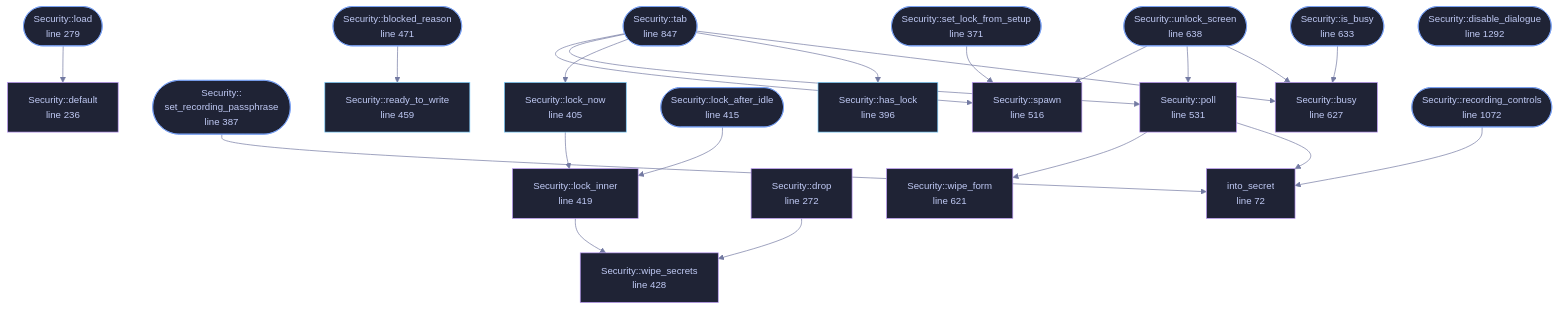
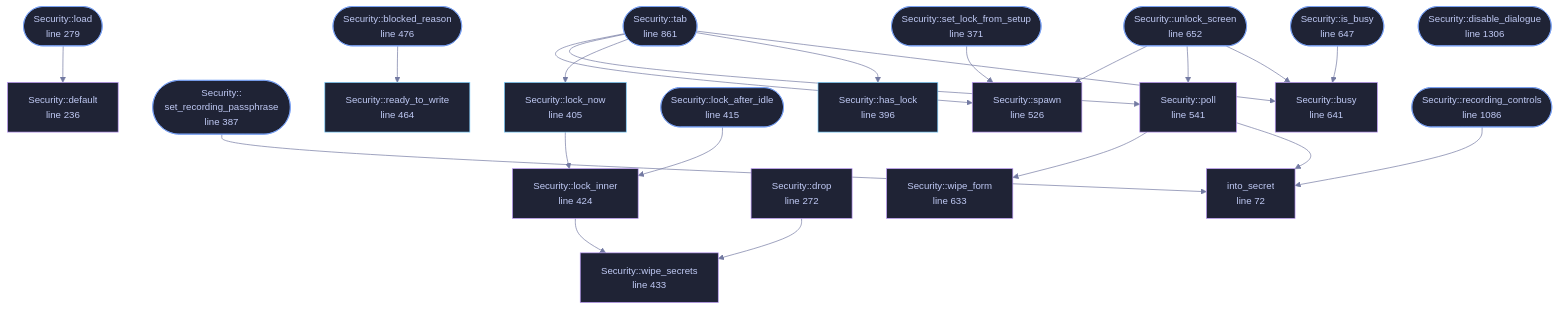
One commit to tilas01/veilvoice changed the diagram in docs/files/veilvoice-gui/security.md. Above: the diagram before and after it, drawn with Mermaid. The commit also changed other lines of this file and 57 other files, not shown here.

````diff
--- a/docs/files/veilvoice-gui/security.md
+++ b/docs/files/veilvoice-gui/security.md
@@ -148,74 +148,74 @@
 ```mermaid
 %%{init: {"theme":"base","themeVariables":{"background":"#1a1b26","primaryColor":"#1f2335","primaryTextColor":"#c0caf5","primaryBorderColor":"#7aa2f7","secondaryColor":"#16161e","tertiaryColor":"#16161e","lineColor":"#737aa2","textColor":"#c0caf5","mainBkg":"#1f2335","nodeBorder":"#7aa2f7","clusterBkg":"#16161e","clusterBorder":"#2f3549","fontFamily":"ui-monospace, SFMono-Regular, Consolas, monospace","fontSize":"14px"}}}%%
 flowchart TD
     n_into_secret["into_secret<br/>line 72"]
     n_default["Security::default<br/>line 236"]
     n_drop["Security::drop<br/>line 272"]
     n_load(["Security::load<br/>line 279"])
     n_set_lock_from_setup(["Security::set_lock_from_setup<br/>line 371"])
     n_set_recording_passphrase(["Security::<br/>set_recording_passphrase<br/>line 387"])
     n_has_lock["Security::has_lock<br/>line 396"]
     n_lock_now["Security::lock_now<br/>line 405"]
     n_lock_after_idle(["Security::lock_after_idle<br/>line 415"])
-    n_lock_inner["Security::lock_inner<br/>line 419"]
-    n_wipe_secrets["Security::wipe_secrets<br/>line 428"]
-    n_ready_to_write["Security::ready_to_write<br/>line 459"]
-    n_blocked_reason(["Security::blocked_reason<br/>line 471"])
-    n_spawn["Security::spawn<br/>line 516"]
-    n_poll["Security::poll<br/>line 531"]
-    n_wipe_form["Security::wipe_form<br/>line 621"]
-    n_busy["Security::busy<br/>line 627"]
-    n_is_busy(["Security::is_busy<br/>line 633"])
-    n_unlock_screen(["Security::unlock_screen<br/>line 638"])
-    n_tab(["Security::tab<br/>line 847"])
-    n_recording_controls(["Security::recording_controls<br/>line 1072"])
-    n_disable_dialogue(["Security::disable_dialogue<br/>line 1292"])
+    n_lock_inner["Security::lock_inner<br/>line 424"]
+    n_wipe_secrets["Security::wipe_secrets<br/>line 433"]
+    n_ready_to_write["Security::ready_to_write<br/>line 464"]
+    n_blocked_reason(["Security::blocked_reason<br/>line 476"])
+    n_spawn["Security::spawn<br/>line 526"]
+    n_poll["Security::poll<br/>line 541"]
+    n_wipe_form["Security::wipe_form<br/>line 633"]
+    n_busy["Security::busy<br/>line 641"]
+    n_is_busy(["Security::is_busy<br/>line 647"])
+    n_unlock_screen(["Security::unlock_screen<br/>line 652"])
+    n_tab(["Security::tab<br/>line 861"])
+    n_recording_controls(["Security::recording_controls<br/>line 1086"])
+    n_disable_dialogue(["Security::disable_dialogue<br/>line 1306"])
     n_blocked_reason --> n_ready_to_write
     n_drop --> n_wipe_secrets
     n_is_busy --> n_busy
     n_load --> n_default
     n_lock_after_idle --> n_lock_inner
     n_lock_inner --> n_wipe_secrets
     n_lock_now --> n_lock_inner
     n_poll --> n_into_secret
     n_poll --> n_wipe_form
     n_recording_controls --> n_into_secret
     n_set_lock_from_setup --> n_spawn
     n_set_recording_passphrase --> n_into_secret
     n_tab --> n_busy
     n_tab --> n_has_lock
     n_tab --> n_lock_now
     n_tab --> n_poll
     n_tab --> n_spawn
     n_unlock_screen --> n_busy
     n_unlock_screen --> n_poll
     n_unlock_screen --> n_spawn
     click n_into_secret href "https://github.com/tilas01/veilvoice/blob/main/crates/veilvoice-gui/src/security.rs#L72" "open the source"
     click n_default href "https://github.com/tilas01/veilvoice/blob/main/crates/veilvoice-gui/src/security.rs#L236" "open the source"
     click n_drop href "https://github.com/tilas01/veilvoice/blob/main/crates/veilvoice-gui/src/security.rs#L272" "open the source"
     click n_load href "https://github.com/tilas01/veilvoice/blob/main/crates/veilvoice-gui/src/security.rs#L279" "open the source"
     click n_set_lock_from_setup href "https://github.com/tilas01/veilvoice/blob/main/crates/veilvoice-gui/src/security.rs#L371" "open the source"
     click n_set_recording_passphrase href "https://github.com/tilas01/veilvoice/blob/main/crates/veilvoice-gui/src/security.rs#L387" "open the source"
     click n_has_lock href "https://github.com/tilas01/veilvoice/blob/main/crates/veilvoice-gui/src/security.rs#L396" "open the source"
     click n_lock_now href "https://github.com/tilas01/veilvoice/blob/main/crates/veilvoice-gui/src/security.rs#L405" "open the source"
     click n_lock_after_idle href "https://github.com/tilas01/veilvoice/blob/main/crates/veilvoice-gui/src/security.rs#L415" "open the source"
-    click n_lock_inner href "https://github.com/tilas01/veilvoice/blob/main/crates/veilvoice-gui/src/security.rs#L419" "open the source"
-    click n_wipe_secrets href "https://github.com/tilas01/veilvoice/blob/main/crates/veilvoice-gui/src/security.rs#L428" "open the source"
-    click n_ready_to_write href "https://github.com/tilas01/veilvoice/blob/main/crates/veilvoice-gui/src/security.rs#L459" "open the source"
-    click n_blocked_reason href "https://github.com/tilas01/veilvoice/blob/main/crates/veilvoice-gui/src/security.rs#L471" "open the source"
-    click n_spawn href "https://github.com/tilas01/veilvoice/blob/main/crates/veilvoice-gui/src/security.rs#L516" "open the source"
-    click n_poll href "https://github.com/tilas01/veilvoice/blob/main/crates/veilvoice-gui/src/security.rs#L531" "open the source"
-    click n_wipe_form href "https://github.com/tilas01/veilvoice/blob/main/crates/veilvoice-gui/src/security.rs#L621" "open the source"
-    click n_busy href "https://github.com/tilas01/veilvoice/blob/main/crates/veilvoice-gui/src/security.rs#L627" "open the source"
-    click n_is_busy href "https://github.com/tilas01/veilvoice/blob/main/crates/veilvoice-gui/src/security.rs#L633" "open the source"
-    click n_unlock_screen href "https://github.com/tilas01/veilvoice/blob/main/crates/veilvoice-gui/src/security.rs#L638" "open the source"
-    click n_tab href "https://github.com/tilas01/veilvoice/blob/main/crates/veilvoice-gui/src/security.rs#L847" "open the source"
-    click n_recording_controls href "https://github.com/tilas01/veilvoice/blob/main/crates/veilvoice-gui/src/security.rs#L1072" "open the source"
-    click n_disable_dialogue href "https://github.com/tilas01/veilvoice/blob/main/crates/veilvoice-gui/src/security.rs#L1292" "open the source"
+    click n_lock_inner href "https://github.com/tilas01/veilvoice/blob/main/crates/veilvoice-gui/src/security.rs#L424" "open the source"
+    click n_wipe_secrets href "https://github.com/tilas01/veilvoice/blob/main/crates/veilvoice-gui/src/security.rs#L433" "open the source"
+    click n_ready_to_write href "https://github.com/tilas01/veilvoice/blob/main/crates/veilvoice-gui/src/security.rs#L464" "open the source"
+    click n_blocked_reason href "https://github.com/tilas01/veilvoice/blob/main/crates/veilvoice-gui/src/security.rs#L476" "open the source"
+    click n_spawn href "https://github.com/tilas01/veilvoice/blob/main/crates/veilvoice-gui/src/security.rs#L526" "open the source"
+    click n_poll href "https://github.com/tilas01/veilvoice/blob/main/crates/veilvoice-gui/src/security.rs#L541" "open the source"
+    click n_wipe_form href "https://github.com/tilas01/veilvoice/blob/main/crates/veilvoice-gui/src/security.rs#L633" "open the source"
+    click n_busy href "https://github.com/tilas01/veilvoice/blob/main/crates/veilvoice-gui/src/security.rs#L641" "open the source"
+    click n_is_busy href "https://github.com/tilas01/veilvoice/blob/main/crates/veilvoice-gui/src/security.rs#L647" "open the source"
+    click n_unlock_screen href "https://github.com/tilas01/veilvoice/blob/main/crates/veilvoice-gui/src/security.rs#L652" "open the source"
+    click n_tab href "https://github.com/tilas01/veilvoice/blob/main/crates/veilvoice-gui/src/security.rs#L861" "open the source"
+    click n_recording_controls href "https://github.com/tilas01/veilvoice/blob/main/crates/veilvoice-gui/src/security.rs#L1086" "open the source"
+    click n_disable_dialogue href "https://github.com/tilas01/veilvoice/blob/main/crates/veilvoice-gui/src/security.rs#L1306" "open the source"
     classDef entry fill:#1f2335,stroke:#7aa2f7,color:#c0caf5
     class n_load,n_set_lock_from_setup,n_set_recording_passphrase,n_lock_after_idle,n_blocked_reason,n_is_busy,n_unlock_screen,n_tab,n_recording_controls,n_disable_dialogue entry
     classDef api fill:#1f2335,stroke:#7dcfff,color:#c0caf5
     class n_has_lock,n_lock_now,n_ready_to_write api
     classDef helper fill:#1f2335,stroke:#bb9af7,color:#c0caf5
     class n_into_secret,n_default,n_drop,n_lock_inner,n_wipe_secrets,n_spawn,n_poll,n_wipe_form,n_busy helper
 ```
````
